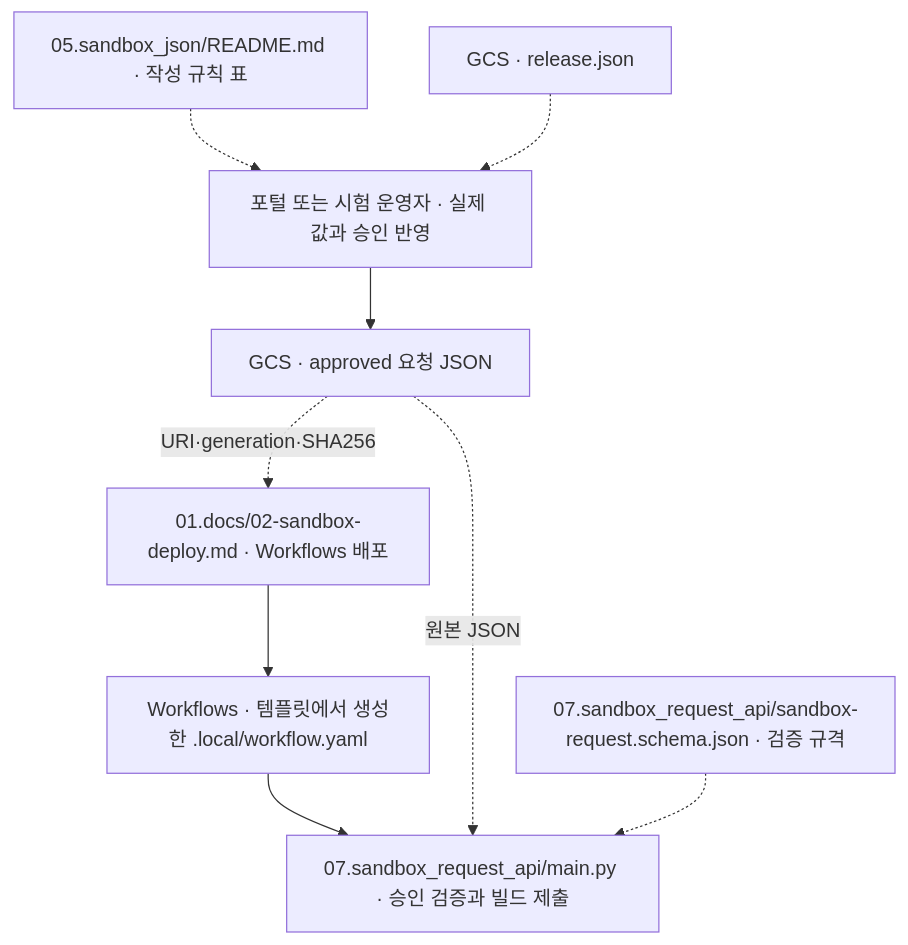
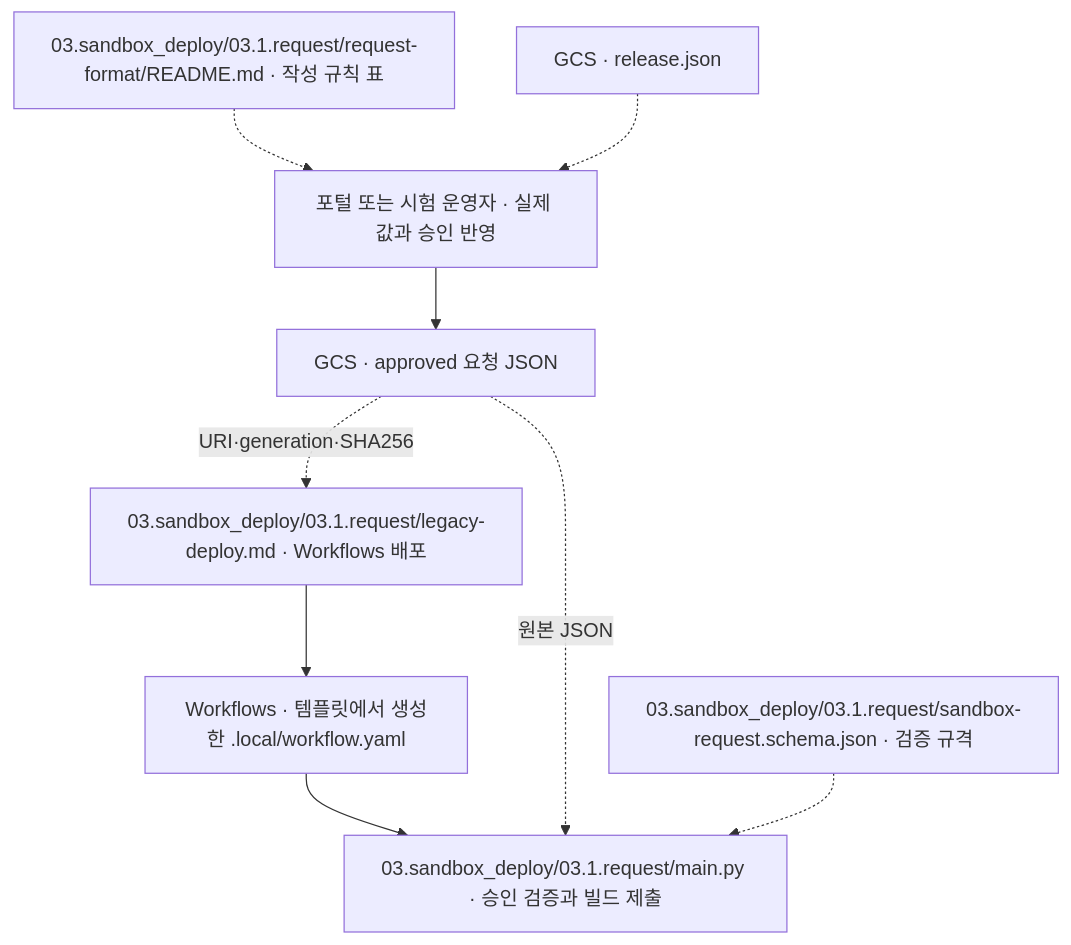
The fourth of 6 diagrams in 01.docs/reference/file-relationships.md (sonmap/https-github.com-sonmap-GCP_SBX_Test02), drawn with Mermaid before and after one commit. The commit also changed other lines of this file and 78 other files, not shown here.

````diff
--- a/01.docs/reference/file-relationships.md
+++ b/01.docs/reference/file-relationships.md
@@ -91,19 +91,19 @@
 ```mermaid
 flowchart TD
-    R["05.sandbox_json/README.md · 작성 규칙 표"]
+    R["03.sandbox_deploy/03.1.request/request-format/README.md · 작성 규칙 표"]
     ZIP["GCS · release.json"]
     P["포털 또는 시험 운영자 · 실제 값과 승인 반영"]
     S["GCS · approved 요청 JSON"]
-    OP["01.docs/02-sandbox-deploy.md · Workflows 배포"]
+    OP["03.sandbox_deploy/03.1.request/legacy-deploy.md · Workflows 배포"]
     WF["Workflows · 템플릿에서 생성한 .local/workflow.yaml"]
-    API["07.sandbox_request_api/main.py · 승인 검증과 빌드 제출"]
-    V["07.sandbox_request_api/sandbox-request.schema.json · 검증 규격"]
+    API["03.sandbox_deploy/03.1.request/main.py · 승인 검증과 빌드 제출"]
+    V["03.sandbox_deploy/03.1.request/sandbox-request.schema.json · 검증 규격"]
 
     R -.-> P
     ZIP -.-> P
     P --> S
     S -. "URI·generation·SHA256" .-> OP
     OP --> WF --> API
     S -. "원본 JSON" .-> API
     V -.-> API
 ```
````
